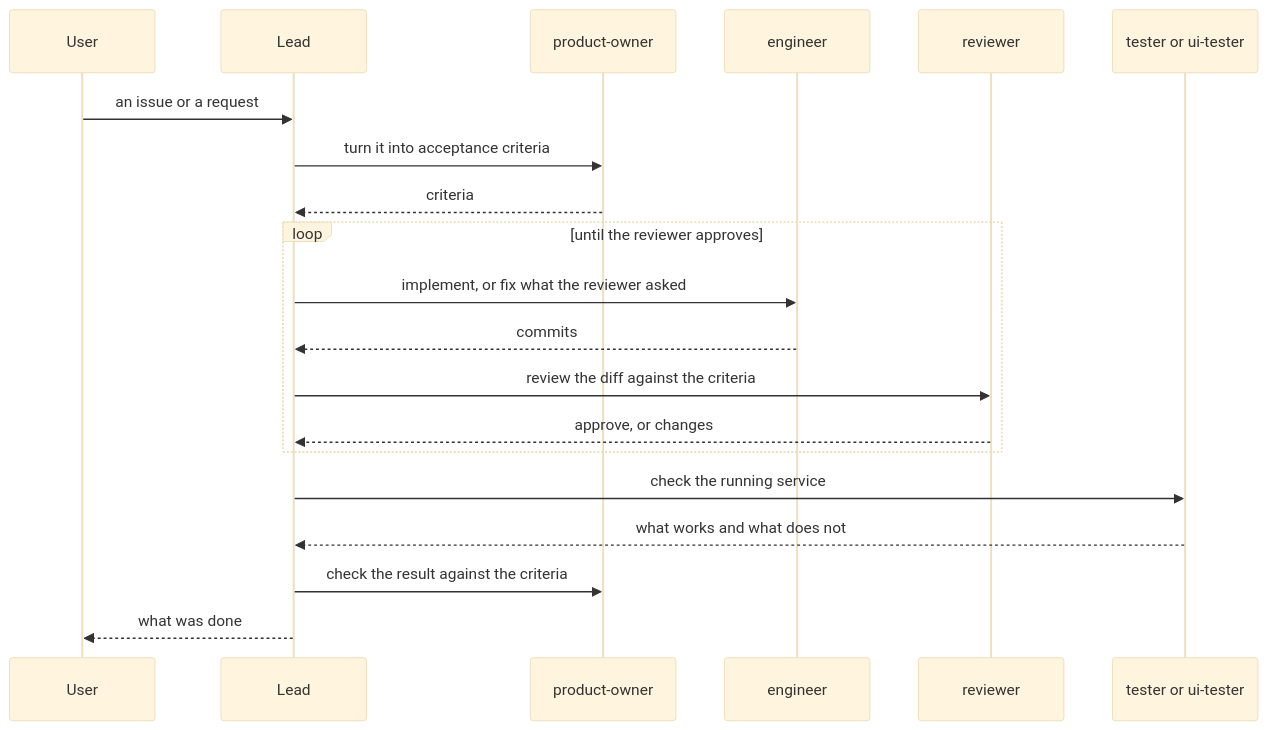
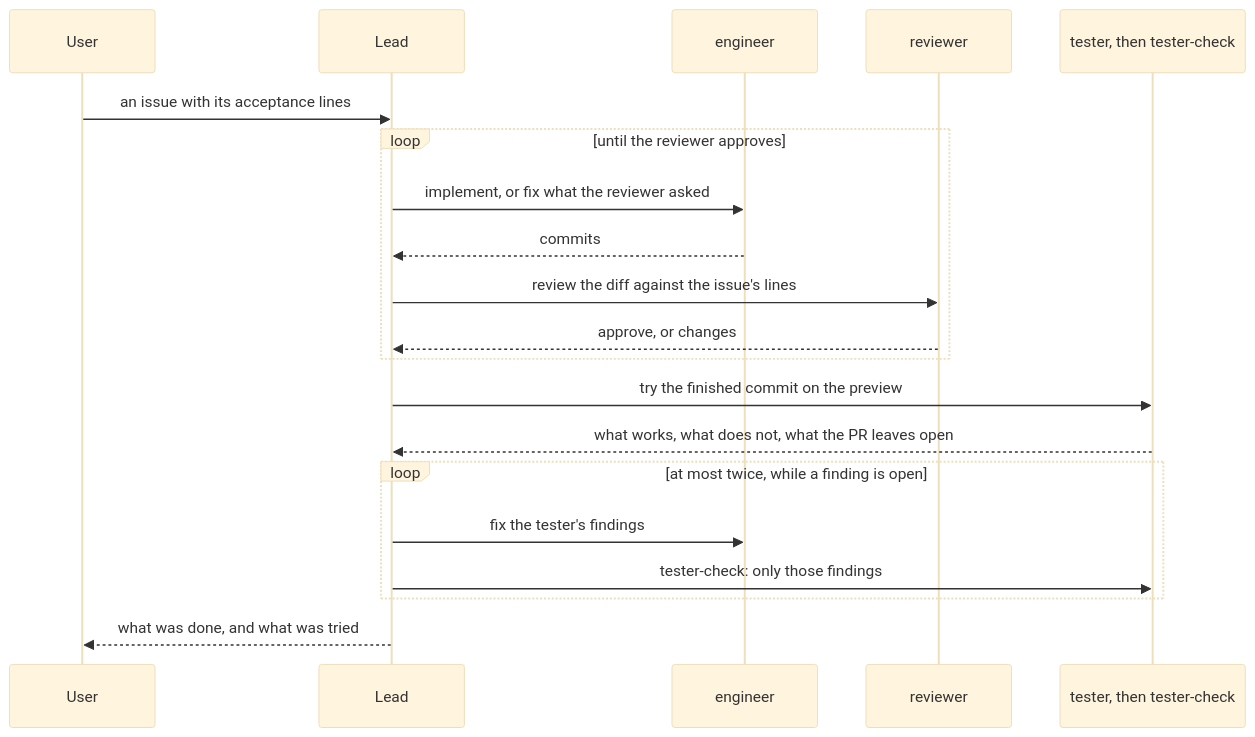
Before and after one commit to Joonalai/ansible-hostkit: the second of 2 diagrams in docs/claude_team.md, drawn with Mermaid (base theme). The commit also changed other lines of this file and 21 other files, not shown here.

Commit message:
feat: try each change last with one tester, on the issue's own lines

````diff
--- a/docs/claude_team.md
+++ b/docs/claude_team.md
@@ -45,22 +46,22 @@
 ```mermaid
 sequenceDiagram
     participant U as User
     participant L as Lead
-    participant PO as product-owner
     participant E as engineer
     participant R as reviewer
-    participant T as tester or ui-tester
-    U->>L: an issue or a request
-    L->>PO: turn it into acceptance criteria
-    PO-->>L: criteria
+    participant T as tester, then tester-check
+    U->>L: an issue with its acceptance lines
     loop until the reviewer approves
         L->>E: implement, or fix what the reviewer asked
         E-->>L: commits
-        L->>R: review the diff against the criteria
+        L->>R: review the diff against the issue's lines
         R-->>L: approve, or changes
     end
-    L->>T: check the running service
-    T-->>L: what works and what does not
-    L->>PO: check the result against the criteria
-    L-->>U: what was done
+    L->>T: try the finished commit on the preview
+    T-->>L: what works, what does not, what the PR leaves open
+    loop at most twice, while a finding is open
+        L->>E: fix the tester's findings
+        L->>T: tester-check: only those findings
+    end
+    L-->>U: what was done, and what was tried
 ```
````
